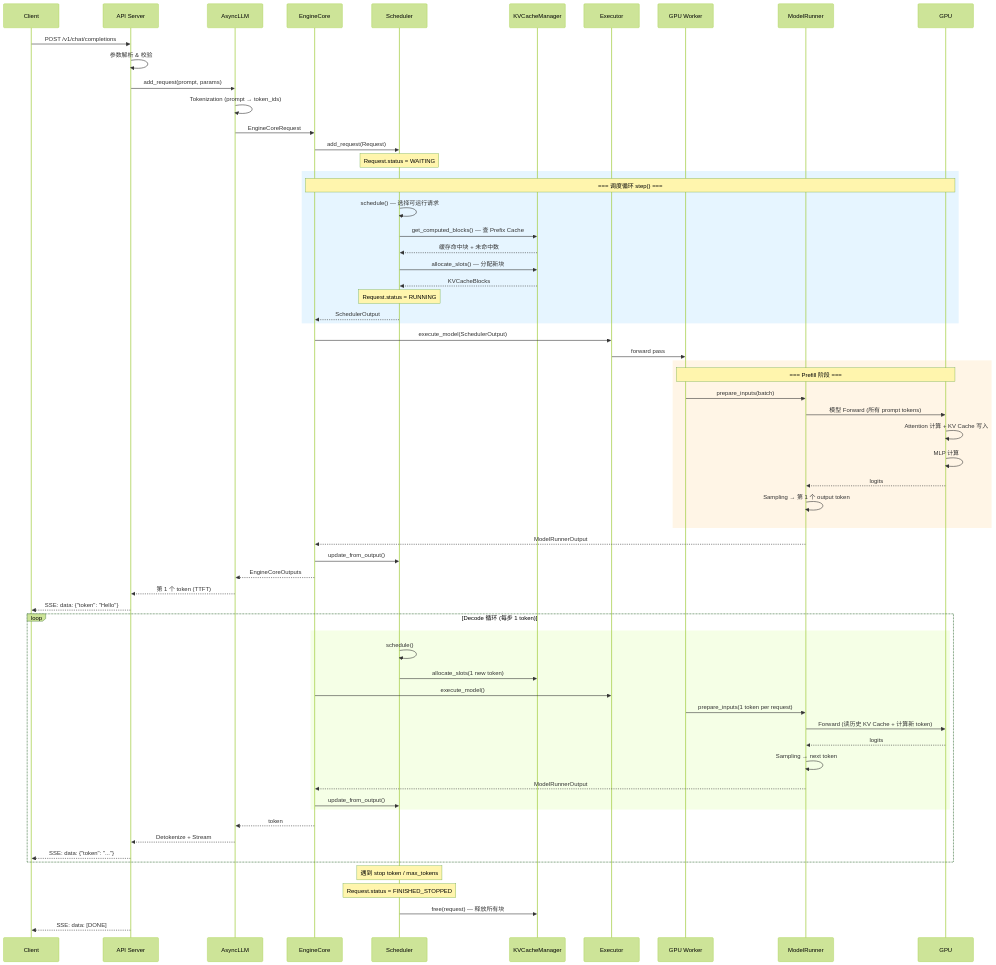
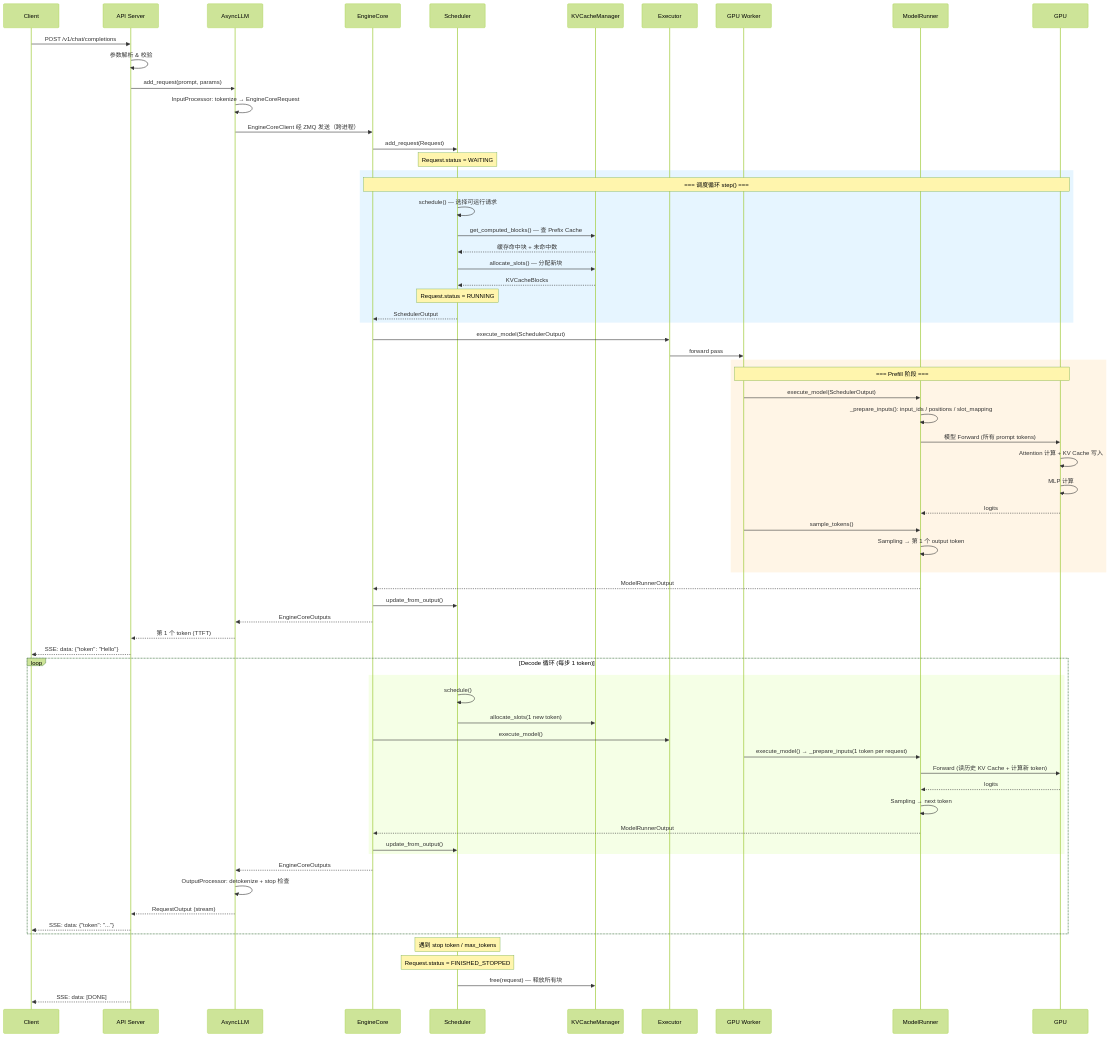
One commit to arganzheng/arganzheng.github.com changed the third of 3 diagrams in _posts/2026-08-16-deep-dive-into-vllm-03-vllm-request-lifecycle-overview.md. Above: the diagram before and after it, drawn with Mermaid (forest theme). The commit also changed other lines of this file and 15 other files, not shown here.

````diff
--- a/_posts/2026-08-16-deep-dive-into-vllm-03-vllm-request-lifecycle-overview.md
+++ b/_posts/2026-08-16-deep-dive-into-vllm-03-vllm-request-lifecycle-overview.md
@@ -145,74 +147,77 @@
 ```mermaid
 sequenceDiagram
     participant C as Client
     participant API as API Server
     participant E as AsyncLLM
     participant EC as EngineCore
     participant S as Scheduler
     participant KV as KVCacheManager
     participant EX as Executor
     participant W as GPU Worker
     participant MR as ModelRunner
     participant GPU as GPU
 
     C->>API: POST /v1/chat/completions
     API->>API: 参数解析 & 校验
     API->>E: add_request(prompt, params)
-    E->>E: Tokenization (prompt → token_ids)
-    E->>EC: EngineCoreRequest
+    E->>E: InputProcessor: tokenize → EngineCoreRequest
+    E->>EC: EngineCoreClient 经 ZMQ 发送（跨进程）
     EC->>S: add_request(Request)
 
     Note over S: Request.status = WAITING
 
     rect rgb(230, 245, 255)
         Note over EC,GPU: === 调度循环 step() ===
         S->>S: schedule() — 选择可运行请求
         S->>KV: get_computed_blocks() — 查 Prefix Cache
         KV-->>S: 缓存命中块 + 未命中数
         S->>KV: allocate_slots() — 分配新块
         KV-->>S: KVCacheBlocks
         Note over S: Request.status = RUNNING
         S-->>EC: SchedulerOutput
     end
 
     EC->>EX: execute_model(SchedulerOutput)
     EX->>W: forward pass
 
     rect rgb(255, 245, 230)
         Note over W,GPU: === Prefill 阶段 ===
-        W->>MR: prepare_inputs(batch)
+        W->>MR: execute_model(SchedulerOutput)
+        MR->>MR: _prepare_inputs(): input_ids / positions / slot_mapping
         MR->>GPU: 模型 Forward (所有 prompt tokens)
         GPU->>GPU: Attention 计算 + KV Cache 写入
         GPU->>GPU: MLP 计算
         GPU-->>MR: logits
+        W->>MR: sample_tokens()
         MR->>MR: Sampling → 第 1 个 output token
     end
 
     MR-->>EC: ModelRunnerOutput
     EC->>S: update_from_output()
     EC-->>E: EngineCoreOutputs
     E-->>API: 第 1 个 token (TTFT)
     API-->>C: SSE: data: {"token": "Hello"}
 
     loop Decode 循环 (每步 1 token)
         rect rgb(245, 255, 230)
             S->>S: schedule()
             S->>KV: allocate_slots(1 new token)
             EC->>EX: execute_model()
-            W->>MR: prepare_inputs(1 token per request)
+            W->>MR: execute_model() → _prepare_inputs(1 token per request)
             MR->>GPU: Forward (读历史 KV Cache + 计算新 token)
             GPU-->>MR: logits
             MR->>MR: Sampling → next token
             MR-->>EC: ModelRunnerOutput
             EC->>S: update_from_output()
         end
-        EC-->>E: token
-        E-->>API: Detokenize + Stream
+        EC-->>E: EngineCoreOutputs
+        E->>E: OutputProcessor: detokenize + stop 检查
+        E-->>API: RequestOutput (stream)
         API-->>C: SSE: data: {"token": "..."}
     end
 
     Note over S: 遇到 stop token / max_tokens
     Note over S: Request.status = FINISHED_STOPPED
     S->>KV: free(request) — 释放所有块
     API-->>C: SSE: data: [DONE]
 ```
````
